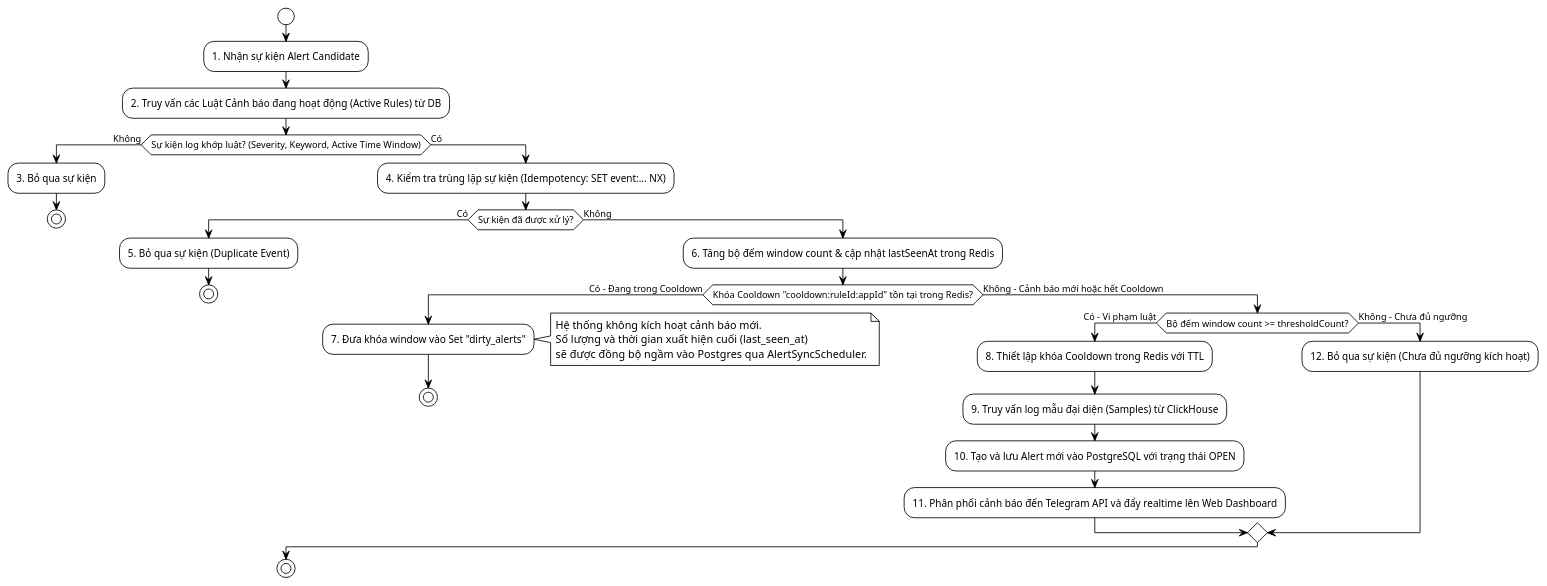
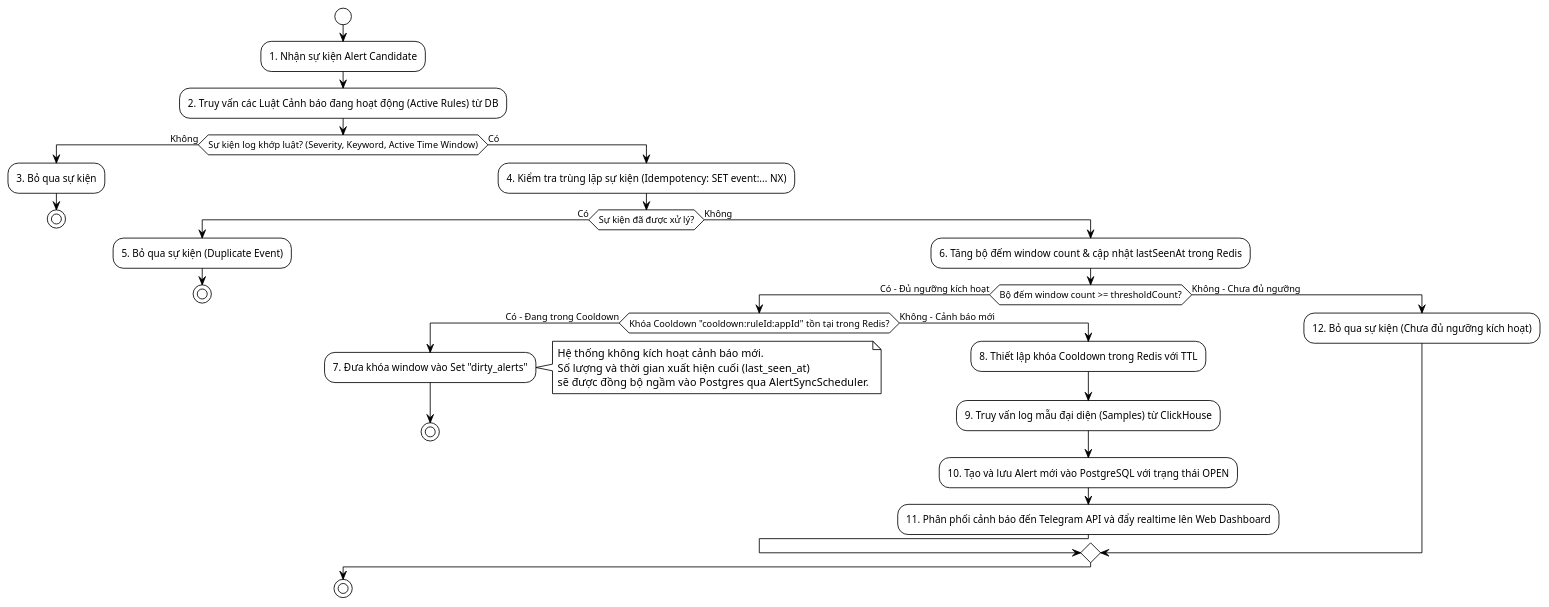
One commit to nguyentrongduc2005/log-monitoring-system changed the ninth of 12 diagrams in detailed-diagrams.md. Above: the diagram before and after it, drawn with PlantUML. The commit also changed other lines of this file, not shown here.

Commit message:
docs: reorder alerting flow to evaluate threshold before cooldown check

````diff
--- a/detailed-diagrams.md
+++ b/detailed-diagrams.md
@@ -421,43 +422,43 @@
 ```plantuml
 @startuml
 !theme plain
 skinparam monochrome true
 skinparam shadowing false
 skinparam defaultFontName "Courier New"
 
 start
 :1. Nhận sự kiện Alert Candidate;
 :2. Truy vấn các Luật Cảnh báo đang hoạt động (Active Rules) từ DB;
 if (Sự kiện log khớp luật? (Severity, Keyword, Active Time Window)) then (Không)
     :3. Bỏ qua sự kiện;
     stop
 else (Có)
     :4. Kiểm tra trùng lặp sự kiện (Idempotency: SET event:... NX);
     if (Sự kiện đã được xử lý?) then (Có)
         :5. Bỏ qua sự kiện (Duplicate Event);
         stop
     else (Không)
         :6. Tăng bộ đếm window count & cập nhật lastSeenAt trong Redis;
-        if (Khóa Cooldown "cooldown:ruleId:appId" tồn tại trong Redis?) then (Có - Đang trong Cooldown)
-            :7. Đưa khóa window vào Set "dirty_alerts";
-            note right
-                Hệ thống không kích hoạt cảnh báo mới.
-                Số lượng và thời gian xuất hiện cuối (last_seen_at) 
-                sẽ được đồng bộ ngầm vào Postgres qua AlertSyncScheduler.
-            end note
-            stop
-        else (Không - Cảnh báo mới hoặc hết Cooldown)
-            if (Bộ đếm window count >= thresholdCount?) then (Có - Vi phạm luật)
+        if (Bộ đếm window count >= thresholdCount?) then (Có - Đủ ngưỡng kích hoạt)
+            if (Khóa Cooldown "cooldown:ruleId:appId" tồn tại trong Redis?) then (Có - Đang trong Cooldown)
+                :7. Đưa khóa window vào Set "dirty_alerts";
+                note right
+                    Hệ thống không kích hoạt cảnh báo mới.
+                    Số lượng và thời gian xuất hiện cuối (last_seen_at) 
+                    sẽ được đồng bộ ngầm vào Postgres qua AlertSyncScheduler.
+                end note
+                stop
+            else (Không - Cảnh báo mới)
                 :8. Thiết lập khóa Cooldown trong Redis với TTL;
                 :9. Truy vấn log mẫu đại diện (Samples) từ ClickHouse;
                 :10. Tạo và lưu Alert mới vào PostgreSQL với trạng thái OPEN;
                 :11. Phân phối cảnh báo đến Telegram API và đẩy realtime lên Web Dashboard;
-            else (Không - Chưa đủ ngưỡng)
-                :12. Bỏ qua sự kiện (Chưa đủ ngưỡng kích hoạt);
             endif
+        else (Không - Chưa đủ ngưỡng)
+            :12. Bỏ qua sự kiện (Chưa đủ ngưỡng kích hoạt);
         endif
     endif
 endif
 stop
 @enduml
 ```
````
